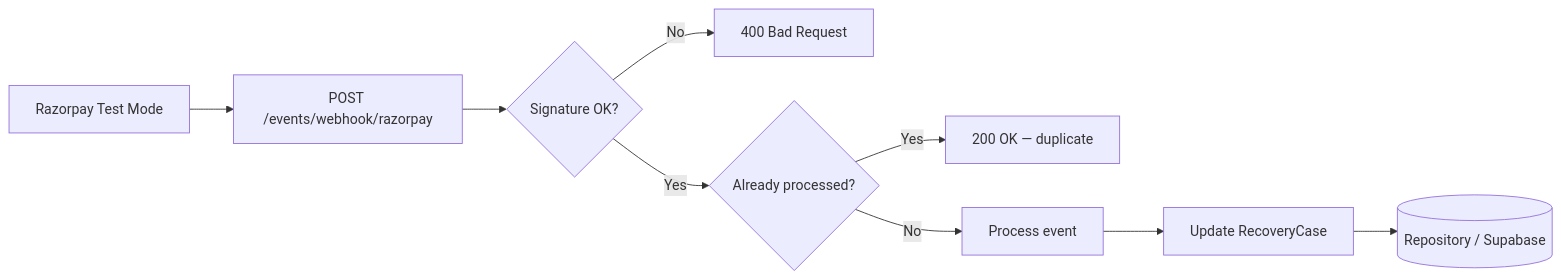
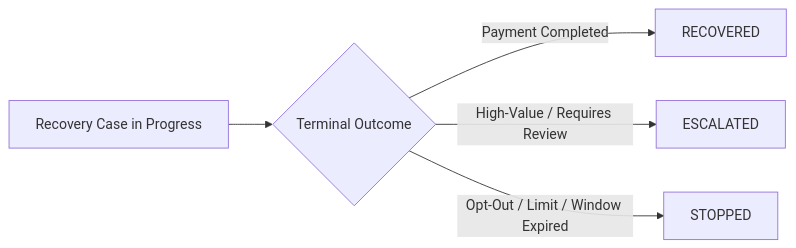
The sixth of 7 diagrams in README.md (Samarjamal326/PayBack), drawn with Mermaid before and after one commit. The commit also changed other lines of this file, not shown here.

Commit message:
docs: comprehensively update and rewrite README.md for current architecture and capabilities

````diff
--- a/README.md
+++ b/README.md
@@ -383,11 +520,7 @@
 ```mermaid
 flowchart LR
-    RZ[Razorpay Test Mode] --> WH[POST /events/webhook/razorpay]
-    WH --> SIG{Signature OK?}
-    SIG -->|No| REJ[400 Bad Request]
-    SIG -->|Yes| IDEM{Already processed?}
-    IDEM -->|Yes| DUP[200 OK — duplicate]
-    IDEM -->|No| PROC[Process event]
-    PROC --> UPD[Update RecoveryCase]
-    UPD --> STORE[(Repository / Supabase)]
+    CASE[Recovery Case in Progress] --> OUTCOME{Terminal Outcome}
+    OUTCOME -->|Payment Completed| REC[RECOVERED]
+    OUTCOME -->|High-Value / Requires Review| ESC[ESCALATED]
+    OUTCOME -->|Opt-Out / Limit / Window Expired| STP[STOPPED]
 ```
````
